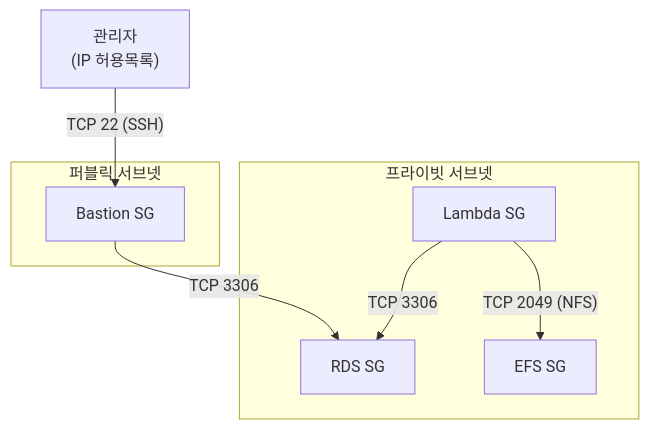
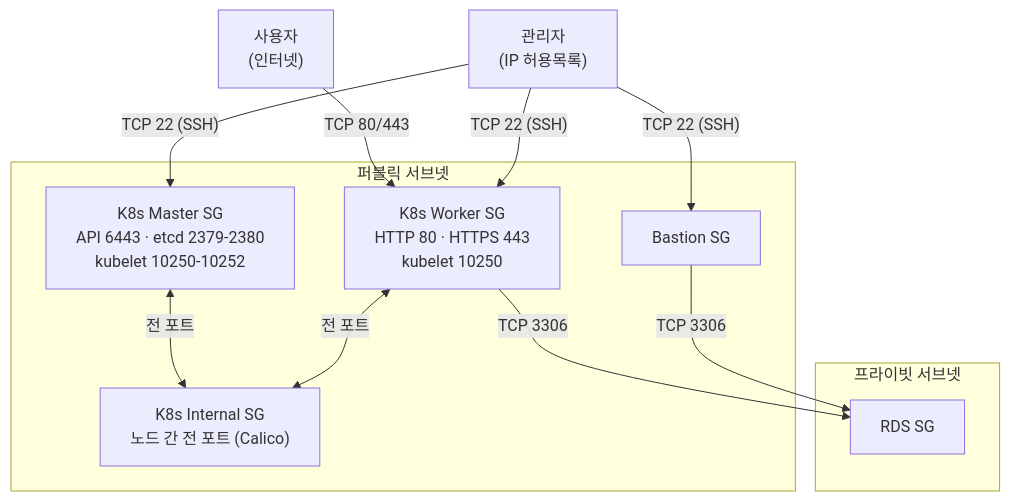
One commit to revenantonthemission/2-cho-community-infra changed the third of 3 diagrams in README.md. Above: the diagram before and after it, drawn with Mermaid. The commit also changed other lines of this file and 4 other files, not shown here.

````diff
--- a/README.md
+++ b/README.md
@@ -215,19 +226,25 @@
 ```mermaid
 flowchart TD
     Admin["관리자<br/>(IP 허용목록)"]
+    User["사용자<br/>(인터넷)"]
 
     subgraph Public["퍼블릭 서브넷"]
+        K8sMaster["K8s Master SG<br/>API 6443 · etcd 2379-2380<br/>kubelet 10250-10252"]
+        K8sWorker["K8s Worker SG<br/>HTTP 80 · HTTPS 443<br/>kubelet 10250"]
+        K8sInternal["K8s Internal SG<br/>노드 간 전 포트 (Calico)"]
         Bastion["Bastion SG"]
     end
 
     subgraph Private["프라이빗 서브넷"]
-        LambdaSG["Lambda SG"]
         RDSSG["RDS SG"]
-        EFSSG["EFS SG"]
     end
 
+    User -->|"TCP 80/443"| K8sWorker
+    Admin -->|"TCP 22 (SSH)"| K8sMaster
+    Admin -->|"TCP 22 (SSH)"| K8sWorker
     Admin -->|"TCP 22 (SSH)"| Bastion
+    K8sMaster <-->|"전 포트"| K8sInternal
+    K8sWorker <-->|"전 포트"| K8sInternal
+    K8sWorker -->|"TCP 3306"| RDSSG
     Bastion -->|"TCP 3306"| RDSSG
-    LambdaSG -->|"TCP 3306"| RDSSG
-    LambdaSG -->|"TCP 2049 (NFS)"| EFSSG
 ```
````
